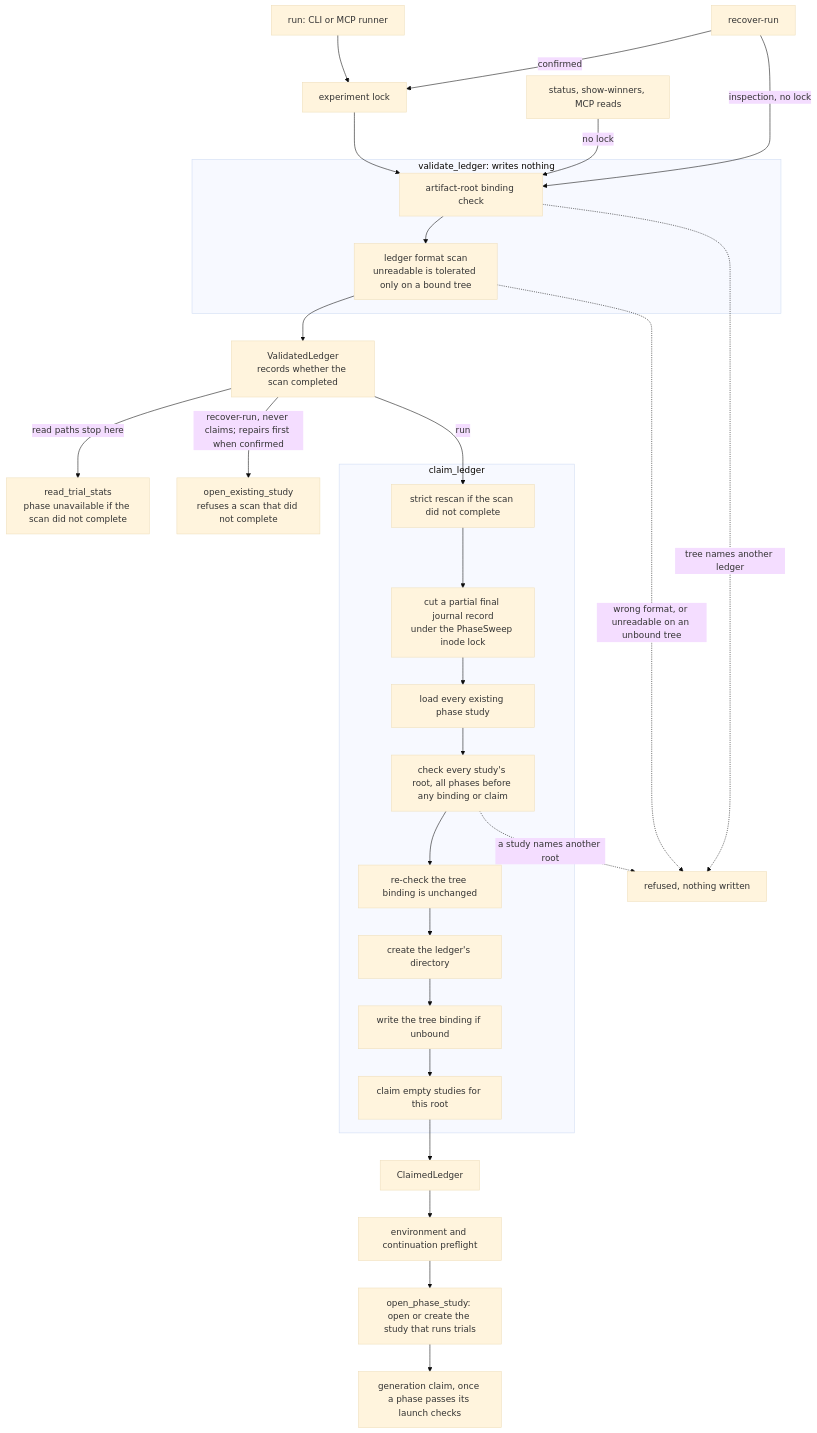
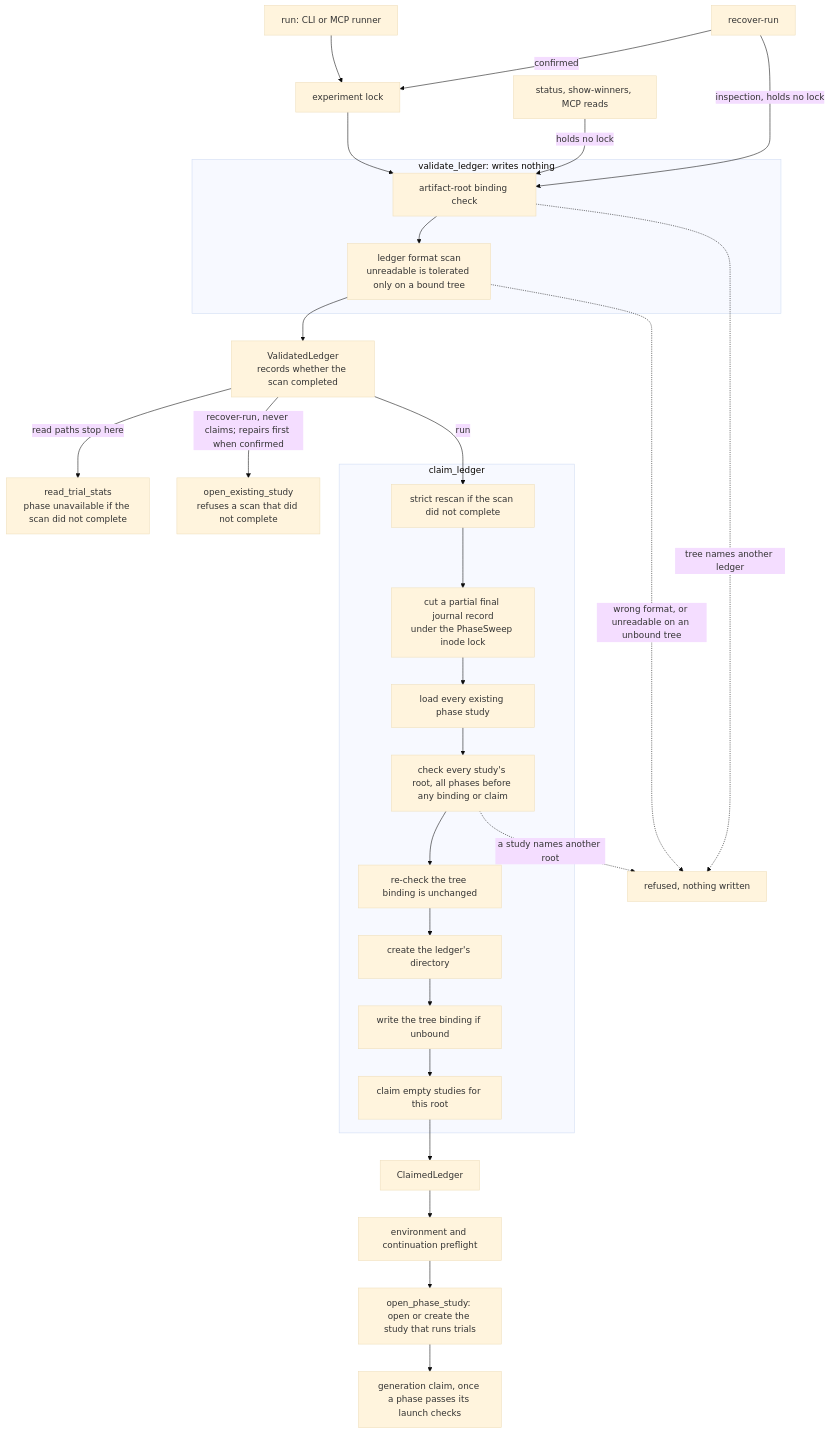
Before and after one commit to pszemraj/phasesweep: the diagram in docs/invariants.md, drawn with Mermaid (base theme). The commit also changed other lines of this file and 189 other files, not shown here.

````diff
--- a/docs/invariants.md
+++ b/docs/invariants.md
@@ -15,31 +13,31 @@
 ```mermaid
 flowchart TD
     run["run: CLI or MCP runner"] --> lock["experiment lock"]
     recover["recover-run"] -->|"confirmed"| lock
-    recover -->|"inspection, no lock"| check
-    reads["status, show-winners, MCP reads"] -->|"no lock"| check
+    recover -->|"inspection, holds no lock"| check
+    reads["status, show-winners, MCP reads"] -->|"holds no lock"| check
     lock --> check
     subgraph validate["validate_ledger: writes nothing"]
         check["artifact-root binding check"] --> scan["ledger format scan<br/>unreadable is tolerated only on a bound tree"]
     end
     scan --> handle["ValidatedLedger<br/>records whether the scan completed"]
     handle -->|"read paths stop here"| ro["read_trial_stats<br/>phase unavailable if the scan did not complete"]
     handle -->|"recover-run, never claims; repairs first when confirmed"| existing["open_existing_study<br/>refuses a scan that did not complete"]
     handle -->|"run"| rescan
     subgraph claim["claim_ledger"]
         rescan["strict rescan if the scan did not complete"] --> repair["cut a partial final journal record<br/>under the PhaseSweep inode lock"]
         repair --> discover["load every existing phase study"]
         discover --> roots["check every study's root, all phases before any binding or claim"]
         roots --> recheck["re-check the tree binding is unchanged"]
         recheck --> mkdir["create the ledger's directory"]
         mkdir --> bind["write the tree binding if unbound"]
         bind --> claimst["claim empty studies for this root"]
     end
     claimst --> claimed["ClaimedLedger"]
     claimed --> pre["environment and continuation preflight"]
     pre --> open["open_phase_study: open or create the study that runs trials"]
     open --> gen["generation claim, once a phase passes its launch checks"]
     check -.->|"tree names another ledger"| refused["refused, nothing written"]
     scan -.->|"wrong format, or unreadable on an unbound tree"| refused
     roots -.->|"a study names another root"| refused
 ```
````
